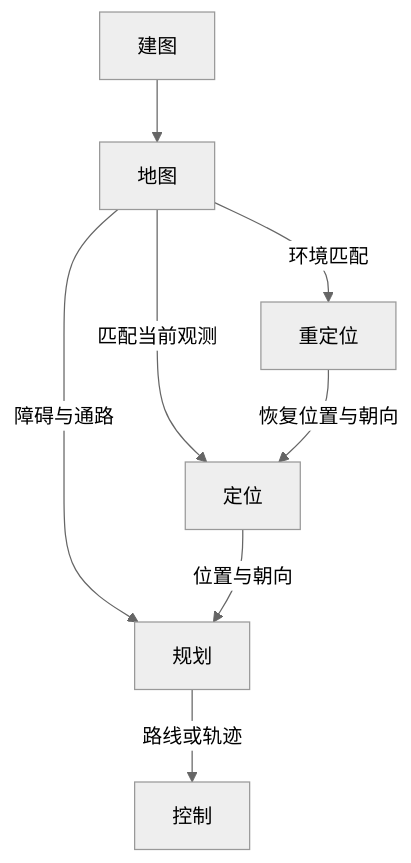
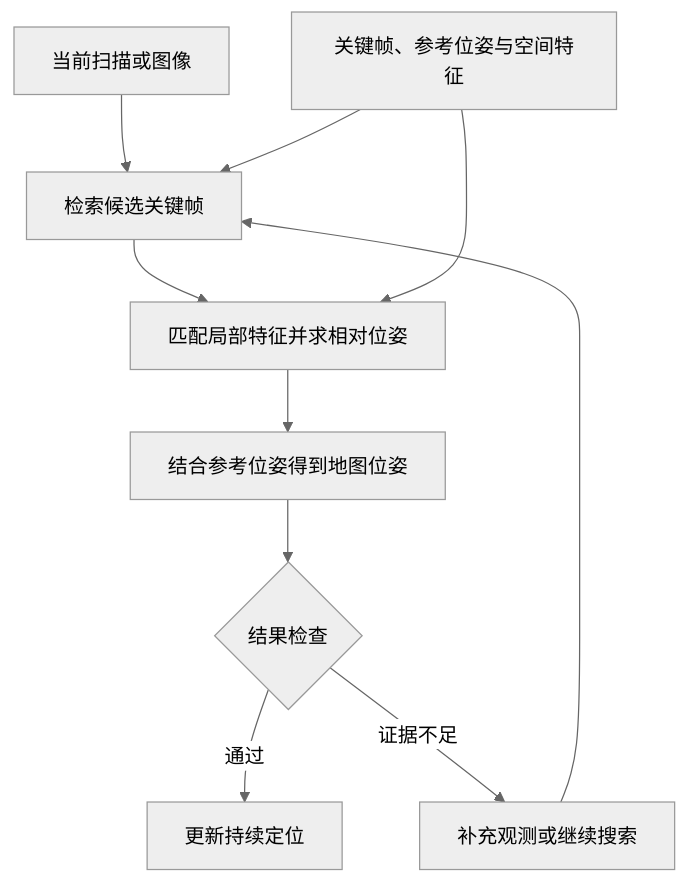
The second of 3 diagrams in docs/06-sensors-navigation/33-relocalization-map-dependence.md (EnosElinsa/wheeltec-ros-textbook), drawn with Mermaid (neutral theme) before and after one commit. The commit also changed other lines of this file and 4 other files, not shown here.

````diff
--- a/docs/06-sensors-navigation/33-relocalization-map-dependence.md
+++ b/docs/06-sensors-navigation/33-relocalization-map-dependence.md
@@ -81,10 +119,12 @@
 ```mermaid
 flowchart TD
-    B[建图] --> M[地图]
-    M -->|匹配当前观测| L[定位]
-    M -->|障碍与通路| P[规划]
-    L -->|位置与朝向| P
-    P -->|路线或轨迹| C[控制]
-    M -->|环境匹配| R[重定位]
-    R -->|恢复位置与朝向| L
+    A[当前扫描或图像] --> B[检索候选关键帧]
+    R[关键帧、参考位姿与空间特征] --> B
+    B --> C[匹配局部特征并求相对位姿]
+    R --> C
+    C --> D[结合参考位姿得到地图位姿]
+    D --> E{结果检查}
+    E -->|通过| F[更新持续定位]
+    E -->|证据不足| G[补充观测或继续搜索]
+    G --> B
 ```
````
